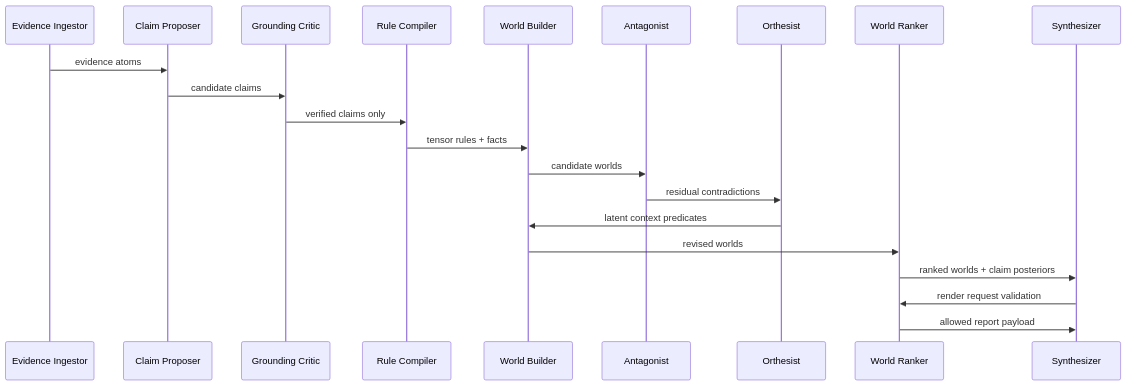
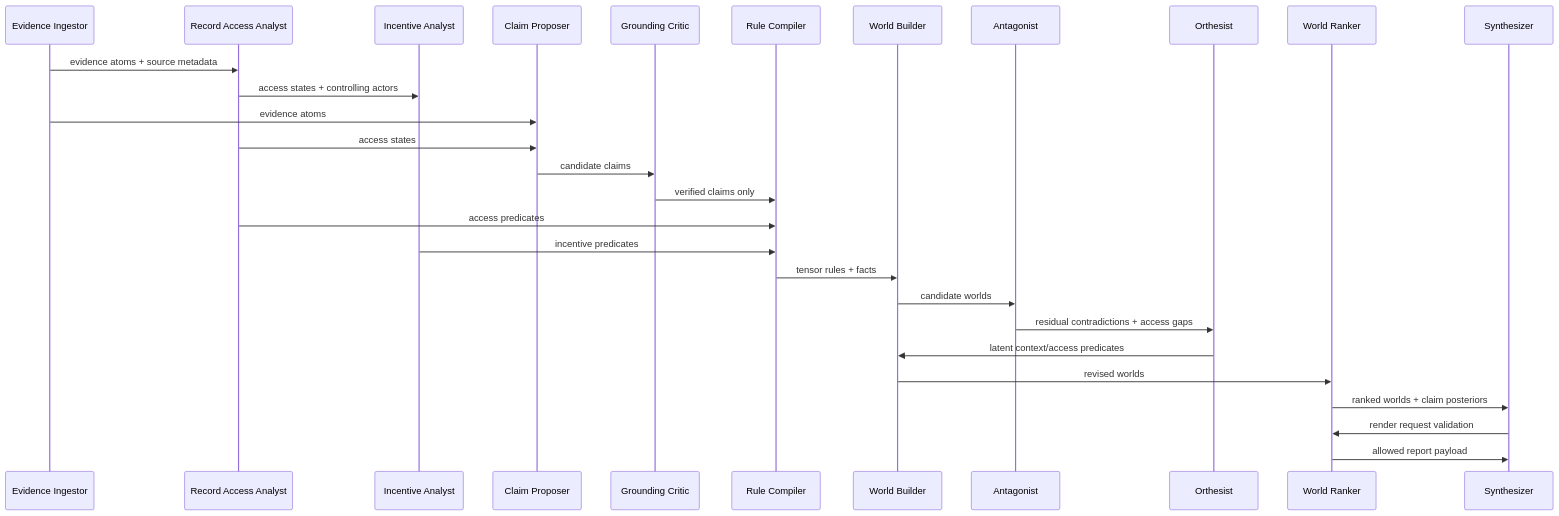
One commit to nshkrdotcom/docs changed the diagram in cns/docs/05_agent_orchestration_plan.md. Above: the diagram before and after it, drawn with Mermaid. The commit also changed other lines of this file and 50 other files, not shown here.

````diff
--- a/cns/docs/05_agent_orchestration_plan.md
+++ b/cns/docs/05_agent_orchestration_plan.md
@@ -62,24 +81,31 @@
 ```mermaid
 sequenceDiagram
   participant EI as Evidence Ingestor
+  participant RA as Record Access Analyst
+  participant II as Incentive Analyst
   participant CP as Claim Proposer
   participant GC as Grounding Critic
   participant RC as Rule Compiler
   participant WB as World Builder
   participant AN as Antagonist
   participant OR as Orthesist
   participant WR as World Ranker
   participant SY as Synthesizer
 
+  EI->>RA: evidence atoms + source metadata
+  RA->>II: access states + controlling actors
   EI->>CP: evidence atoms
+  RA->>CP: access states
   CP->>GC: candidate claims
   GC->>RC: verified claims only
+  RA->>RC: access predicates
+  II->>RC: incentive predicates
   RC->>WB: tensor rules + facts
   WB->>AN: candidate worlds
-  AN->>OR: residual contradictions
-  OR->>WB: latent context predicates
+  AN->>OR: residual contradictions + access gaps
+  OR->>WB: latent context/access predicates
   WB->>WR: revised worlds
   WR->>SY: ranked worlds + claim posteriors
   SY->>WR: render request validation
   WR->>SY: allowed report payload
 ```
````
